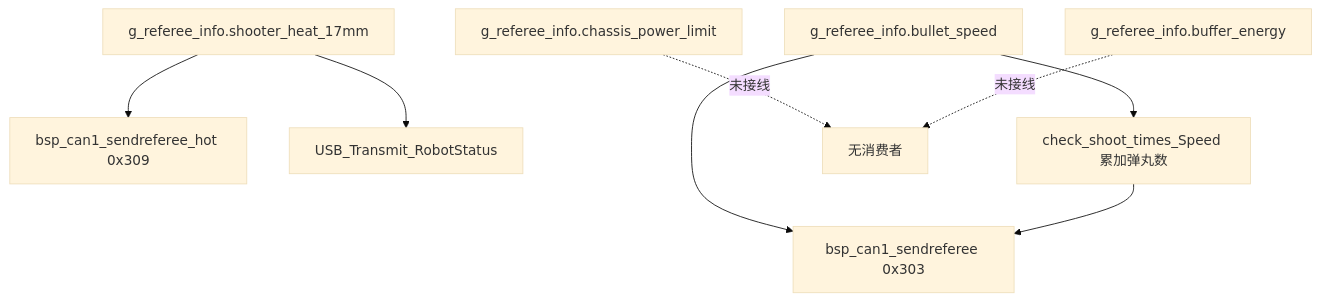
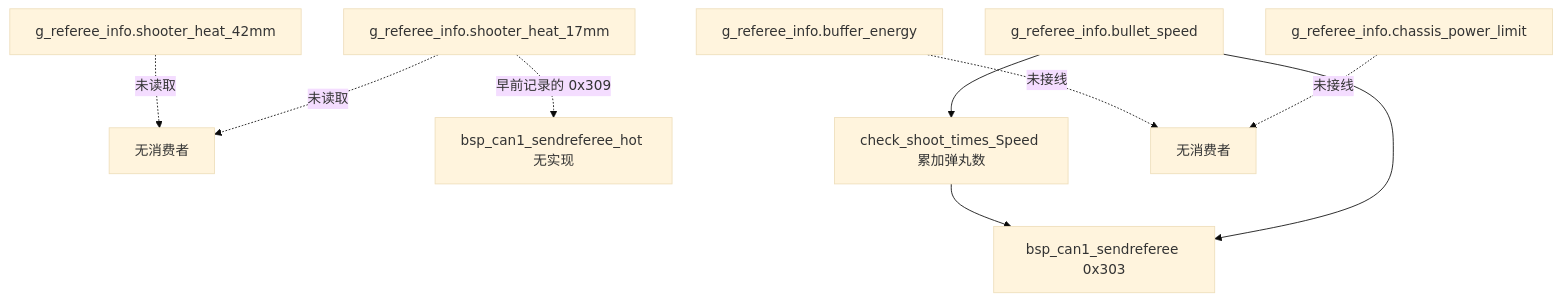
One commit to TC635807/TC63PersonalWebsite changed the third of 3 diagrams in docs/03-CAN 与电机/06-功率控制/04-裁判系统热量与功率上限.md. Above: the diagram before and after it, drawn with Mermaid (base theme). The commit also changed other lines of this file and 728 other files, not shown here.

````diff
--- a/docs/03-CAN 与电机/06-功率控制/04-裁判系统热量与功率上限.md
+++ b/docs/03-CAN 与电机/06-功率控制/04-裁判系统热量与功率上限.md
@@ -101,10 +105,11 @@
 ```mermaid
 flowchart TD
-  H["g_referee_info.shooter_heat_17mm"] --> F1["bsp_can1_sendreferee_hot 0x309"]
-  H --> F2["USB_Transmit_RobotStatus"]
+  H["g_referee_info.shooter_heat_17mm"] -.->|"未读取"| X2["无消费者"]
+  H2["g_referee_info.shooter_heat_42mm"] -.->|"未读取"| X2
+  H -.->|"早前记录的 0x309"| F1["bsp_can1_sendreferee_hot 无实现"]
   B["g_referee_info.bullet_speed"] --> F3["bsp_can1_sendreferee 0x303"]
   B --> C["check_shoot_times_Speed 累加弹丸数"]
   C --> F3
   P["g_referee_info.chassis_power_limit"] -.->|"未接线"| X["无消费者"]
   E["g_referee_info.buffer_energy"] -.->|"未接线"| X
 ```
````
